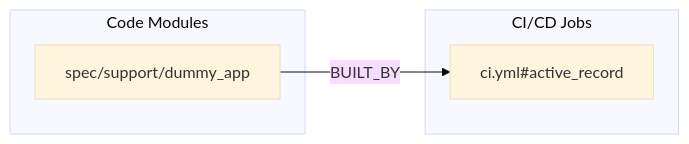
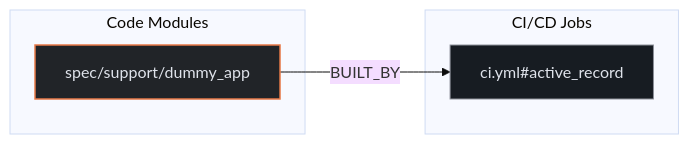
The second of 3 diagrams in exports/latest/reports/discourse-rails_failover-report.md (kumarshaz/atruss-code-atlas), drawn with Mermaid (base theme) before and after one commit. The commit also changed other lines of this file and 331 other files, not shown here.

Commit message:
docs,ui,fix: update SDLC docs, reorder CI/CD DAG first, stylize Mermaid, and fix Arc42 pipeline topology

````diff
--- a/exports/latest/reports/discourse-rails_failover-report.md
+++ b/exports/latest/reports/discourse-rails_failover-report.md
@@ -149,10 +156,14 @@
 ```mermaid
 flowchart LR
+    classDef atlasCategory fill:#212428,stroke:#E87A48,stroke-width:1.5px,color:#dfe3eb
+    classDef atlasWorkflow fill:#1b2026,stroke:#a3c9ff,stroke-width:1.5px,color:#dfe3eb
+    classDef atlasJob fill:#171c22,stroke:#8d9199,stroke-width:1px,color:#dfe3eb
+    classDef atlasTarget fill:#005227,stroke:#8bd99b,stroke-width:1.5px,color:#a7f6b6
     subgraph code_modules["Code Modules"]
-        mod_spec_support_dummy_app["spec/support/dummy_app"]
+        mod_spec_support_dummy_app["spec/support/dummy_app"]:::atlasCategory
     end
     subgraph ci_jobs["CI/CD Jobs"]
-        job_ci_yml_active_record["ci.yml#active_record"]
+        job_ci_yml_active_record["ci.yml#active_record"]:::atlasJob
     end
     mod_spec_support_dummy_app -->|BUILT_BY| job_ci_yml_active_record
 ```
````
